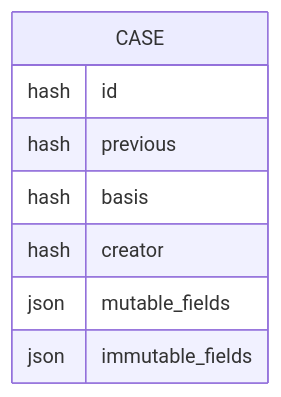
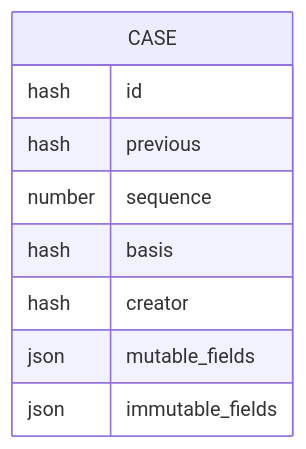
Before and after one commit to MikeHopcroft/gotaglio-web: the first of 5 diagrams in documentation/data-model.md, drawn with Mermaid. The commit also changed other lines of this file, not shown here.

````diff
--- a/documentation/data-model.md
+++ b/documentation/data-model.md
@@ -24,11 +85,12 @@
 ```mermaid
 erDiagram
     CASE {
       hash id
       hash previous
+      number sequence
       hash basis
       hash creator
       json mutable_fields
       json immutable_fields
     }
 ```
````
